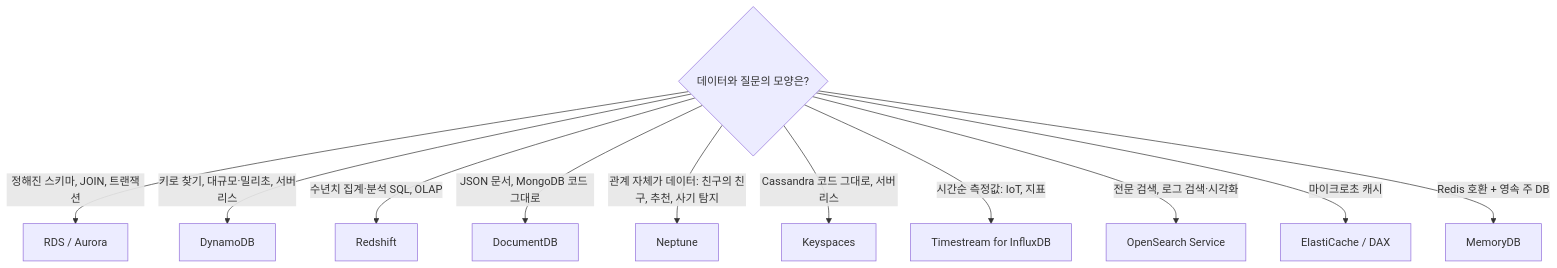
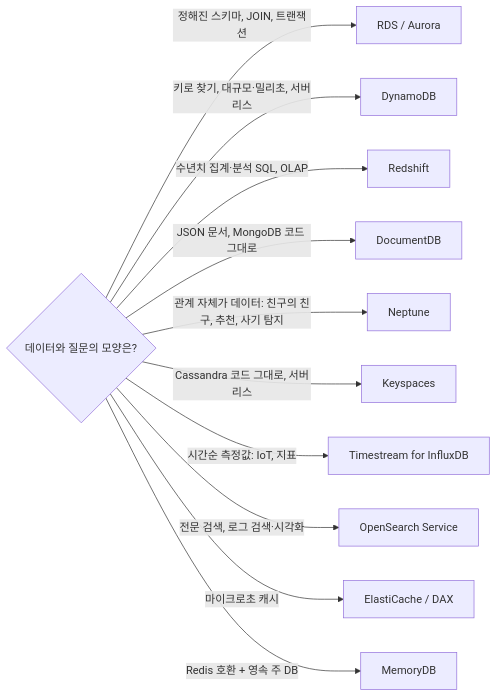
The diagram in curriculum/m05-databases/07-purpose-built-databases.md (Ring-wdr/aws-newbie-guide), drawn with Mermaid before and after one commit. The commit also changed 2 other files, not shown here.

Commit message:
fix(m05): Mermaid 배치 표기만 고쳐 다이어그램 가독성 개선
- 01 RDS 부품 그림: flowchart TB → LR (서브넷 그룹 간선이 VPC·서브넷 제목을 가로지르던 문제)
- 03 Aurora 그림: 클러스터 볼륨에 direction TB (사본 6개가 세로로 840px 쌓이던 문제),
  classDef s 에 color:#222 (다크 테마에서 사본 라벨이 밝은 바탕에 밝은 글자로 안 보이던 문제)
- 07 목적별 DB 그림: flowchart TD → LR (2254px 가로 그림에서 첫 화면에 루트가 안 보이던 문제)

노드·간선·라벨 텍스트는 그대로다.

Claude-Session: https://claude.ai/code/session_01DeNo2kh1sS2tCtnra9en3B

````diff
--- a/curriculum/m05-databases/07-purpose-built-databases.md
+++ b/curriculum/m05-databases/07-purpose-built-databases.md
@@ -12,14 +12,14 @@
 ```mermaid
-flowchart TD
+flowchart LR
   Q{데이터와 질문의 모양은?}
   Q -->|정해진 스키마, JOIN, 트랜잭션| R[RDS / Aurora]
   Q -->|키로 찾기, 대규모·밀리초, 서버리스| D[DynamoDB]
   Q -->|수년치 집계·분석 SQL, OLAP| RS[Redshift]
   Q -->|JSON 문서, MongoDB 코드 그대로| DD[DocumentDB]
   Q -->|관계 자체가 데이터: 친구의 친구, 추천, 사기 탐지| N[Neptune]
   Q -->|Cassandra 코드 그대로, 서버리스| K[Keyspaces]
   Q -->|시간순 측정값: IoT, 지표| TS[Timestream for InfluxDB]
   Q -->|전문 검색, 로그 검색·시각화| OS[OpenSearch Service]
   Q -->|마이크로초 캐시| EC[ElastiCache / DAX]
   Q -->|Redis 호환 + 영속 주 DB| MDB[MemoryDB]
 ```
````
